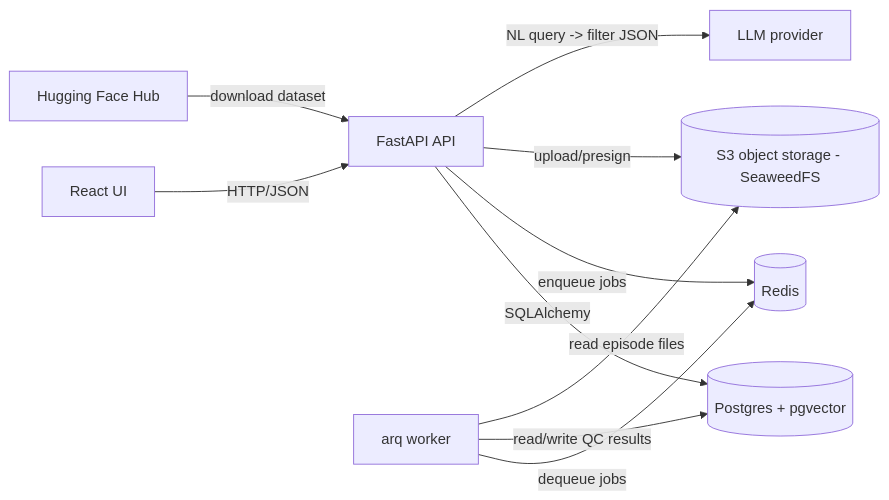
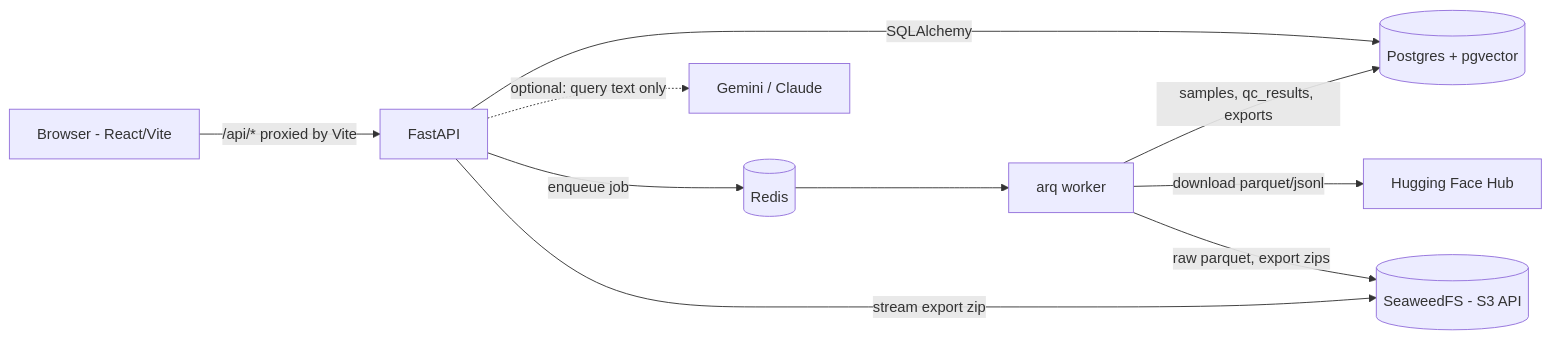
The diagram in docs/design.md (sangamyo/datalens), drawn with Mermaid before and after one commit. The commit also changed other lines of this file and 85 other files, not shown here.

````diff
--- a/docs/design.md
+++ b/docs/design.md
@@ -24,12 +36,12 @@
 ```mermaid
 flowchart LR
-    UI[React UI] -->|HTTP/JSON| API[FastAPI API]
-    API -->|SQLAlchemy| DB[(Postgres + pgvector)]
-    API -->|enqueue jobs| R[(Redis)]
-    W[arq worker] -->|dequeue jobs| R
-    W -->|read/write QC results| DB
-    W -->|read episode files| S3[(S3 object storage - SeaweedFS)]
-    API -->|upload/presign| S3
-    API -->|NL query -> filter JSON| LLM[LLM provider]
-    HF[Hugging Face Hub] -->|download dataset| API
+    U[Browser - React/Vite] -->|/api/* proxied by Vite| A[FastAPI]
+    A -->|SQLAlchemy| P[(Postgres + pgvector)]
+    A -->|enqueue job| R[(Redis)]
+    R --> W[arq worker]
+    W -->|download parquet/jsonl| HF[Hugging Face Hub]
+    W -->|samples, qc_results, exports| P
+    W -->|raw parquet, export zips| S3[(SeaweedFS - S3 API)]
+    A -->|stream export zip| S3
+    A -.->|optional: query text only| LLM[Gemini / Claude]
 ```
````
